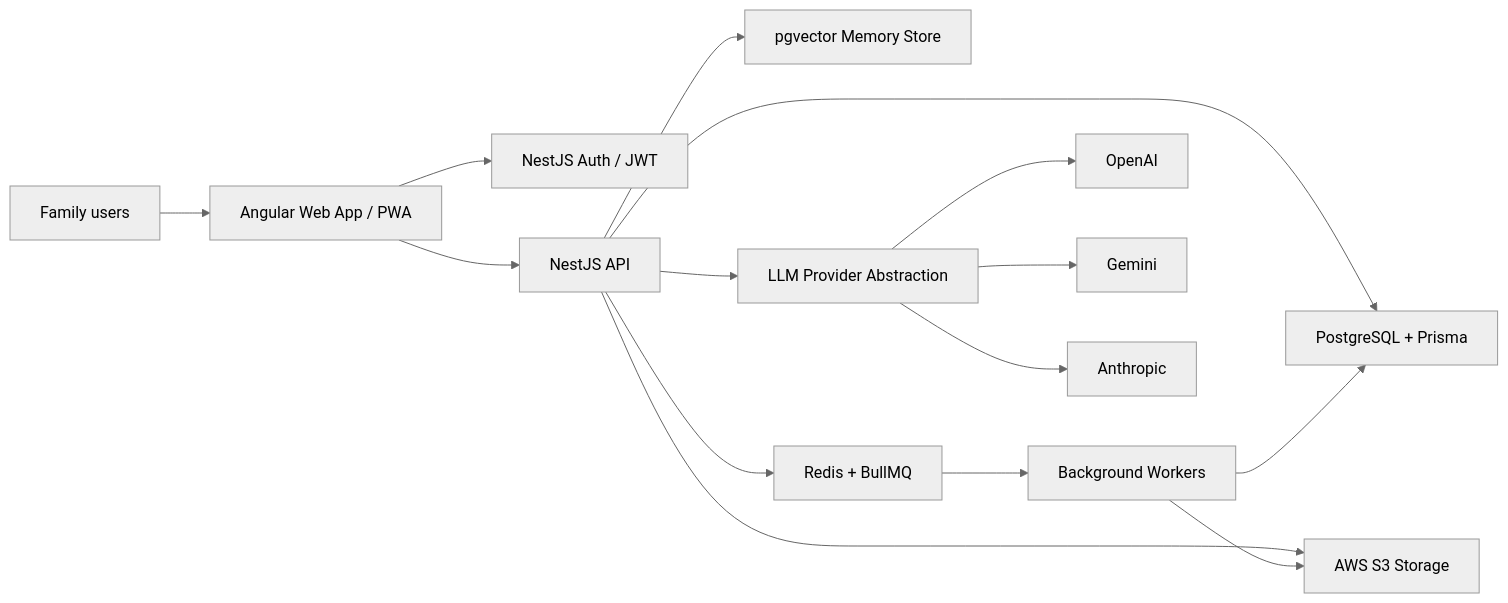
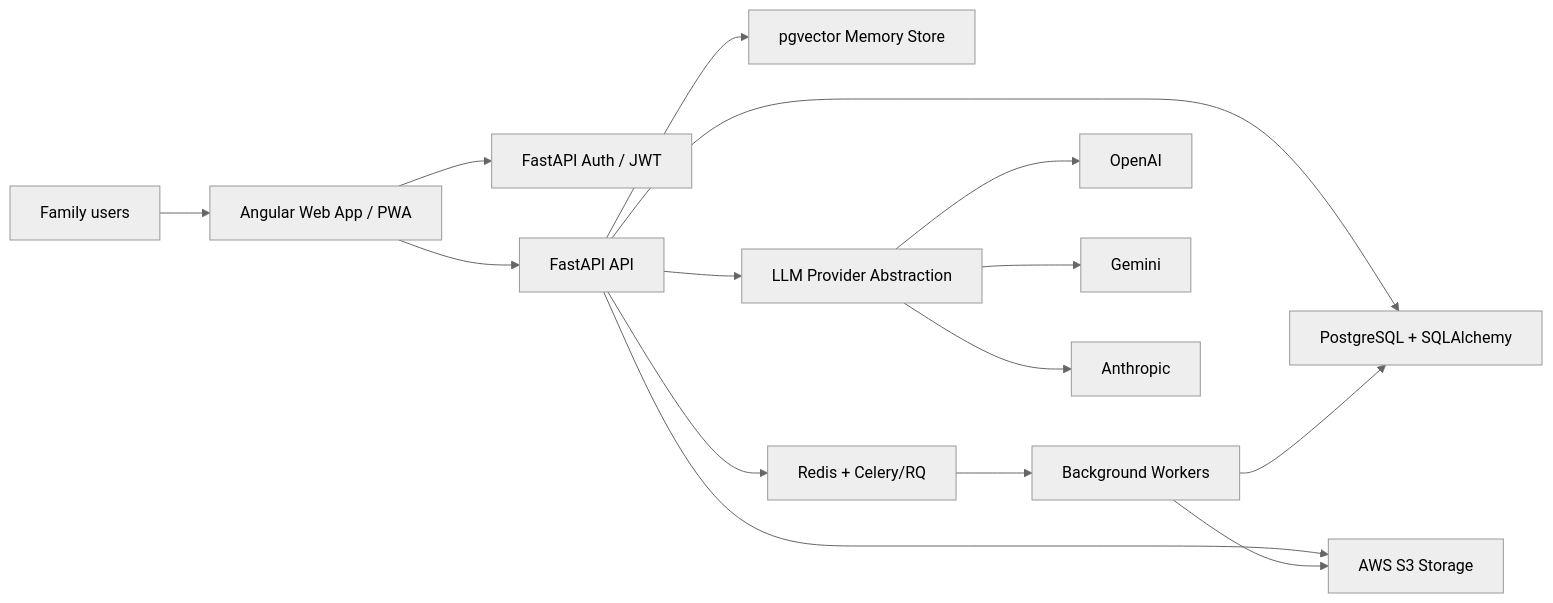
The first of 5 diagrams in outputs/family-health-coach-ai-blueprint.md (arpit-jain-mygit/family-health-coach-ai), drawn with Mermaid (neutral theme) before and after one commit. The commit also changed other lines of this file and 1 other file, not shown here.

Commit message:
Switch API plan to FastAPI

````diff
--- a/outputs/family-health-coach-ai-blueprint.md
+++ b/outputs/family-health-coach-ai-blueprint.md
@@ -80,17 +80,17 @@
 ```mermaid
 flowchart LR
   user["Family users"] --> web["Angular Web App / PWA"]
-  web --> auth["NestJS Auth / JWT"]
-  web --> api["NestJS API"]
-  api --> db["PostgreSQL + Prisma"]
+  web --> auth["FastAPI Auth / JWT"]
+  web --> api["FastAPI API"]
+  api --> db["PostgreSQL + SQLAlchemy"]
   api --> vector["pgvector Memory Store"]
   api --> s3["AWS S3 Storage"]
-  api --> queue["Redis + BullMQ"]
+  api --> queue["Redis + Celery/RQ"]
   queue --> workers["Background Workers"]
   workers --> db
   workers --> s3
   api --> ai["LLM Provider Abstraction"]
   ai --> openai["OpenAI"]
   ai --> gemini["Gemini"]
   ai --> anthropic["Anthropic"]
 ```
````
